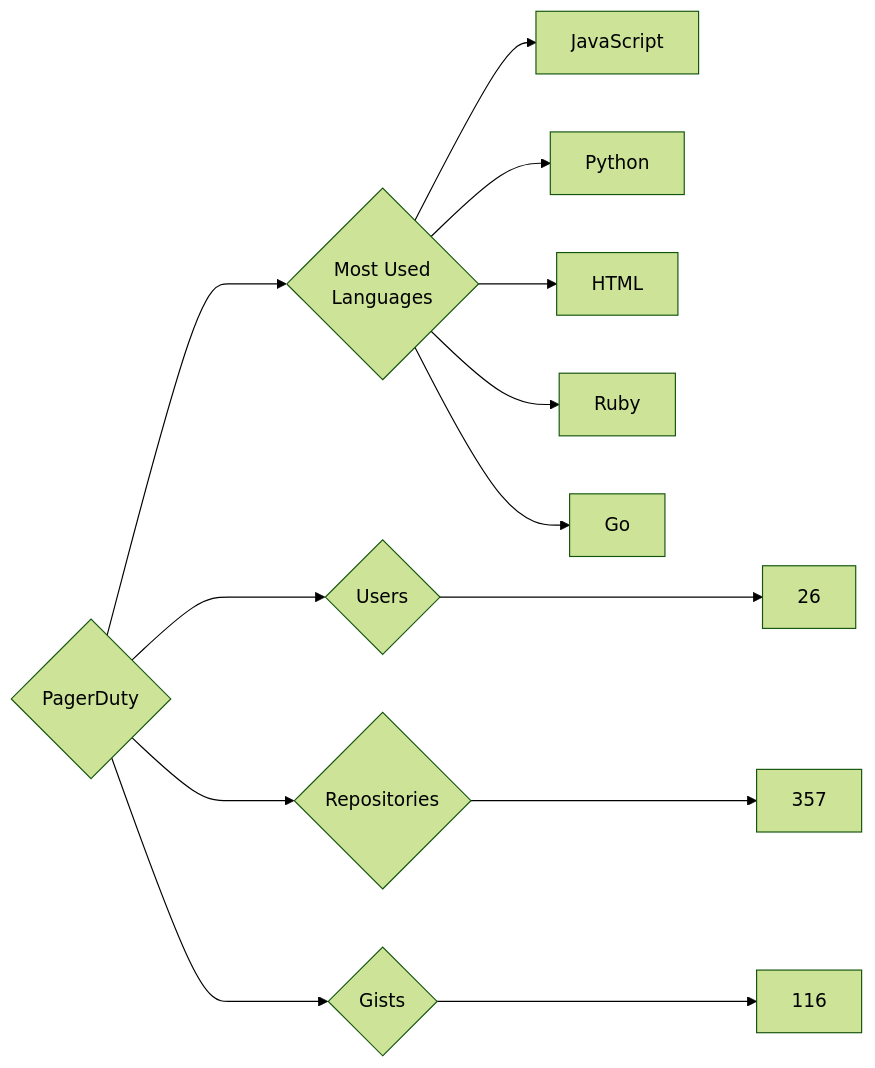
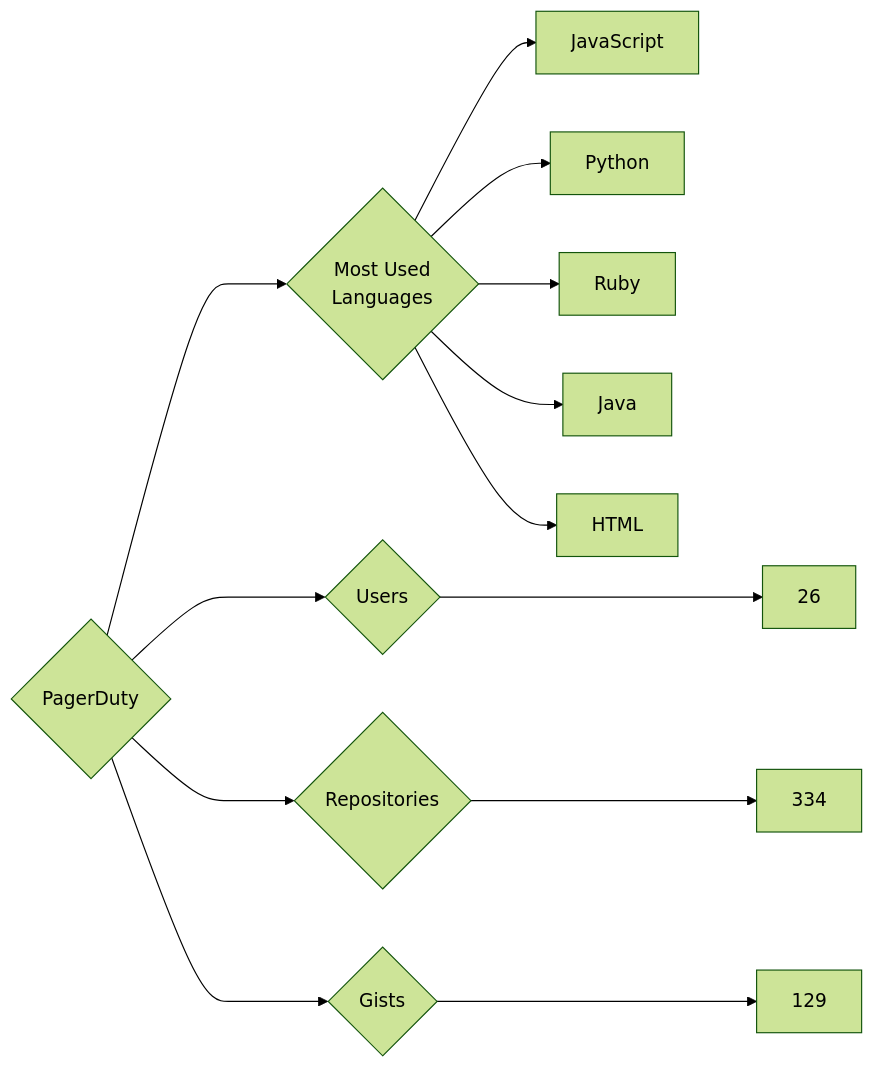
Before and after one commit to trickest/insiders: the diagram in targets/PagerDuty/README.md, drawn with Mermaid (forest theme). The commit also changed 940 other files, not shown here.

````diff
--- a/targets/PagerDuty/README.md
+++ b/targets/PagerDuty/README.md
@@ -3,13 +3,13 @@
 ```mermaid
 graph LR
 COMPANY_NAME{PagerDuty}
 COMPANY_NAME ---> U{Users} ---> UN[26]
-COMPANY_NAME ---> R{Repositories} ---> RN[357]
-COMPANY_NAME ---> G{Gists} ---> GN[116]
+COMPANY_NAME ---> R{Repositories} ---> RN[334]
+COMPANY_NAME ---> G{Gists} ---> GN[129]
 COMPANY_NAME ---> ML{Most Used<br>Languages}
 ML --> JavaScript[JavaScript]
 ML --> Python[Python]
+ML --> Ruby[Ruby]
+ML --> Java[Java]
 ML --> HTML[HTML]
-ML --> Ruby[Ruby]
-ML --> Go[Go]
 ```
````
